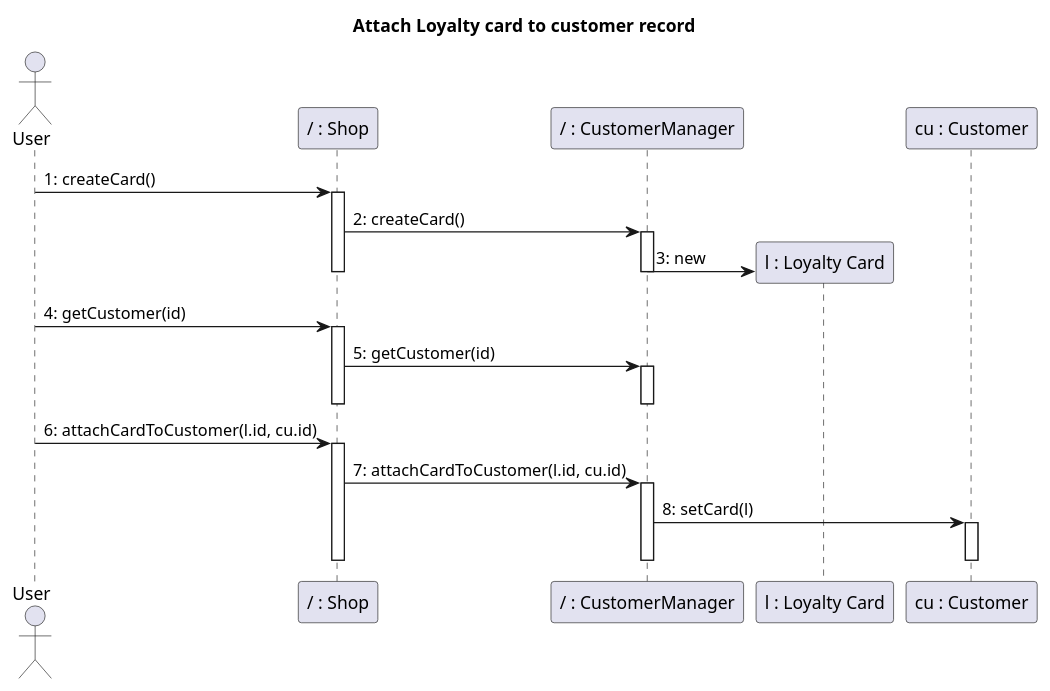
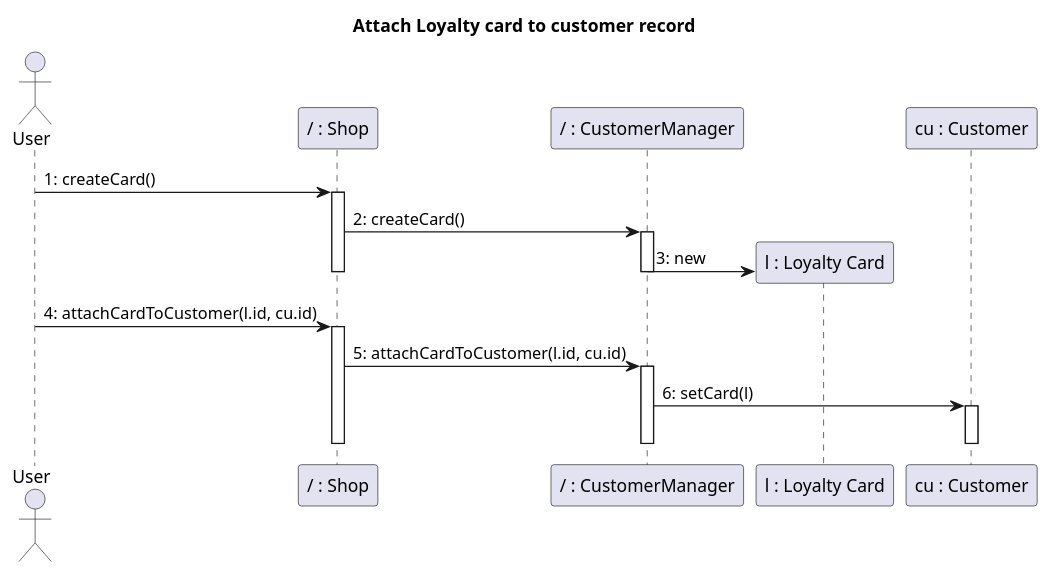
Before and after one commit to nicolabattaglino/ezshop: diagram 15 of 34 in Deliverables/DesignDocument.md, drawn with PlantUML. The commit also changed other lines of this file, not shown here.

Commit message:
sequence diagram

````diff
--- a/Deliverables/DesignDocument.md
+++ b/Deliverables/DesignDocument.md
@@ -824,38 +812,31 @@
 ```plantuml
 @startuml
 
 title Attach Loyalty card to customer record
 actor User
 participant "/ : Shop" as Shop
 participant "/ : CustomerManager" as CustomerManager
 participant "l : Loyalty Card" as LoyaltyCard
 participant "cu : Customer" as Customer
 
 User -> Shop: 1: createCard()
 activate Shop
 Shop -> CustomerManager: 2: createCard()
 activate CustomerManager
 create LoyaltyCard
 CustomerManager -> LoyaltyCard: 3: new
 deactivate CustomerManager
 deactivate Shop
 
-User -> Shop: 4: getCustomer(id)
+User -> Shop: 4: attachCardToCustomer(l.id, cu.id) 
 activate Shop
-Shop -> CustomerManager: 5: getCustomer(id)
+Shop -> CustomerManager: 5: attachCardToCustomer(l.id, cu.id)
 activate CustomerManager
-deactivate CustomerManager
-deactivate Shop
-
-User -> Shop: 6: attachCardToCustomer(l.id, cu.id) 
-activate Shop
-Shop -> CustomerManager: 7: attachCardToCustomer(l.id, cu.id)
-activate CustomerManager
-CustomerManager -> Customer: 8: setCard(l)
+CustomerManager -> Customer: 6: setCard(l)
 activate Customer
 deactivate Customer
 deactivate CustomerManager
 deactivate Shop
 
 @enduml
 ```
````
